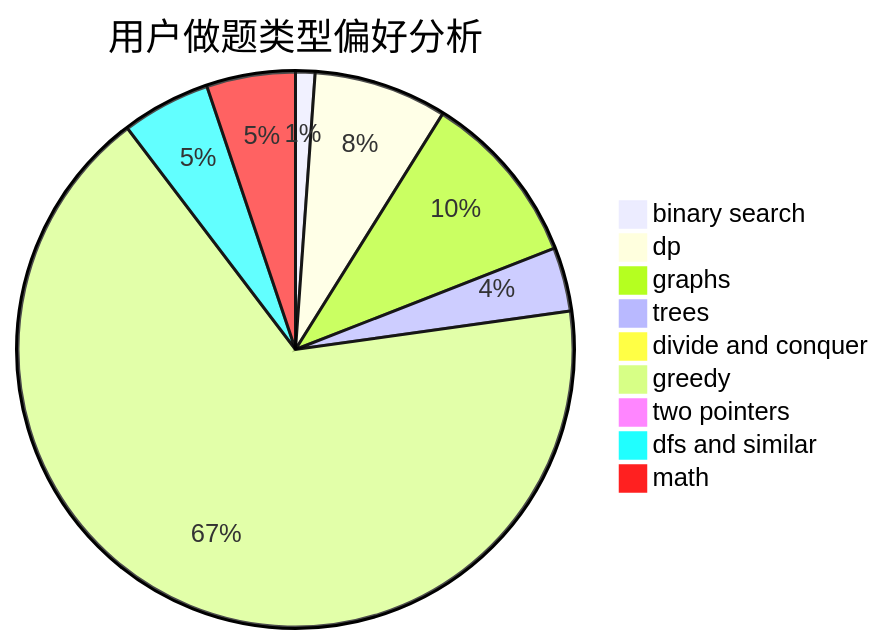
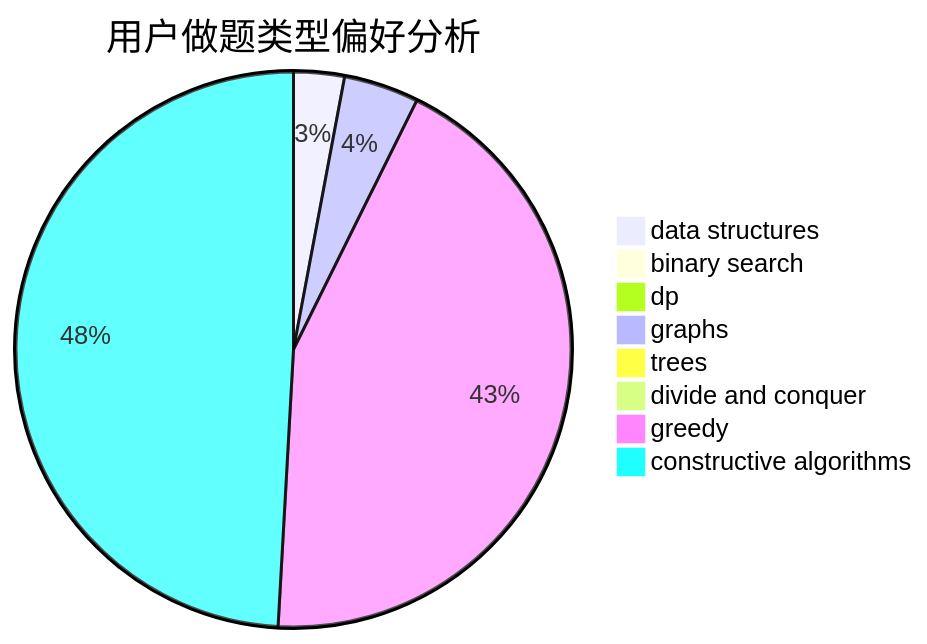
Before and after one commit to sherpahu/cfrs.github.io: the second of 3 diagrams in docs/user/u2033.md, drawn with Mermaid. The commit also changed other lines of this file and 2775 other files, not shown here.

````diff
--- a/docs/user/u2033.md
+++ b/docs/user/u2033.md
@@ -23,12 +23,11 @@
 ```mermaid
 pie title 用户做题类型偏好分析
-    "binary search" :  7
-    "dp" :  48
-    "graphs" :  63
-    "trees" :  23
+    "data structures" :  25
+    "binary search" :  0
+    "dp" :  7
+    "graphs" :  37
+    "trees" :  4
     "divide and conquer" :  0
-    "greedy" :  414
-    "two pointers" :  2
-    "dfs and similar" :  32
-    "math" :  32
+    "greedy" :  369
+    "constructive algorithms" :  416
 ```
````
